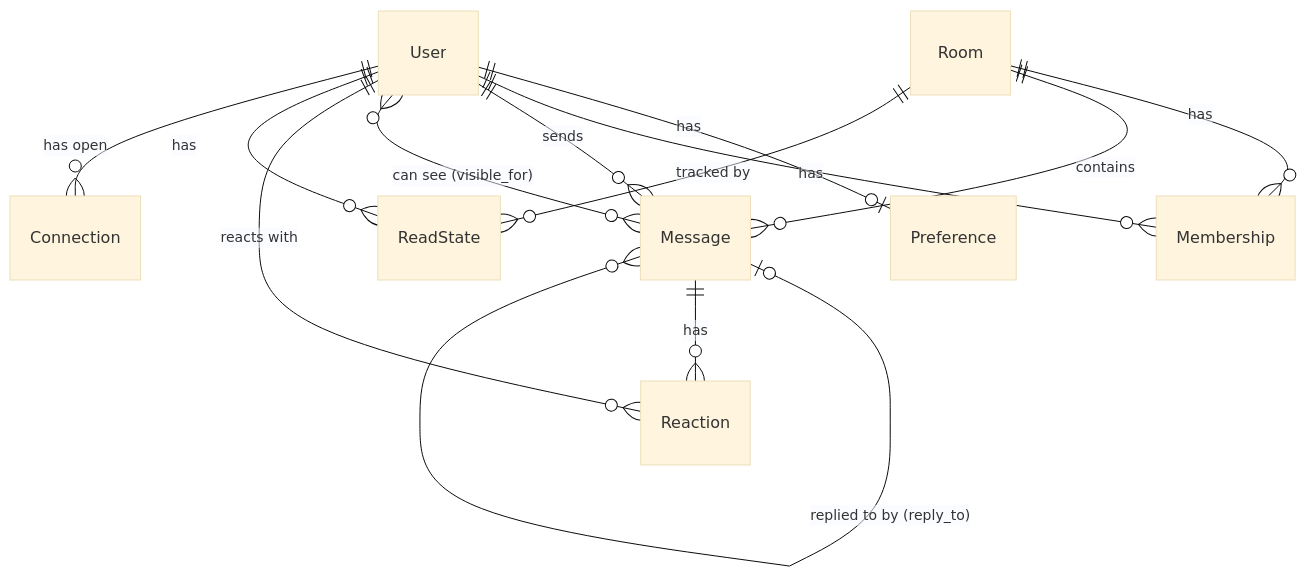
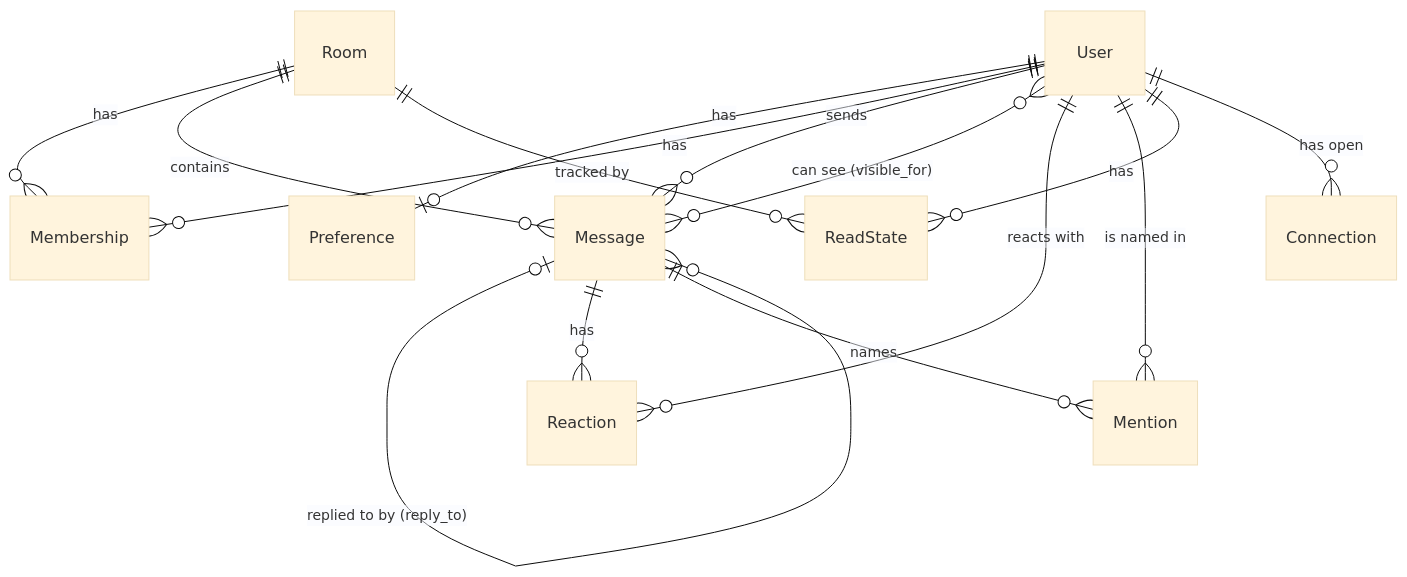
One commit to achuthvarghese/django-realtime-chat changed the diagram in docs/data-model.md. Above: the diagram before and after it, drawn with Mermaid (base theme). The commit also changed other lines of this file and 9 other files, not shown here.

````diff
--- a/docs/data-model.md
+++ b/docs/data-model.md
@@ -3,15 +3,17 @@
 ```mermaid
 erDiagram
     User ||--o| Preference : "has"
     User ||--o{ Membership : "has"
     Room ||--o{ Membership : "has"
     Room ||--o{ Message : "contains"
     User ||--o{ Message : "sends"
     User }o--o{ Message : "can see (visible_for)"
     Message |o--o{ Message : "replied to by (reply_to)"
     Message ||--o{ Reaction : "has"
     User ||--o{ Reaction : "reacts with"
+    Message ||--o{ Mention : "names"
+    User ||--o{ Mention : "is named in"
     User ||--o{ ReadState : "has"
     Room ||--o{ ReadState : "tracked by"
     User ||--o{ Connection : "has open"
 ```
````
